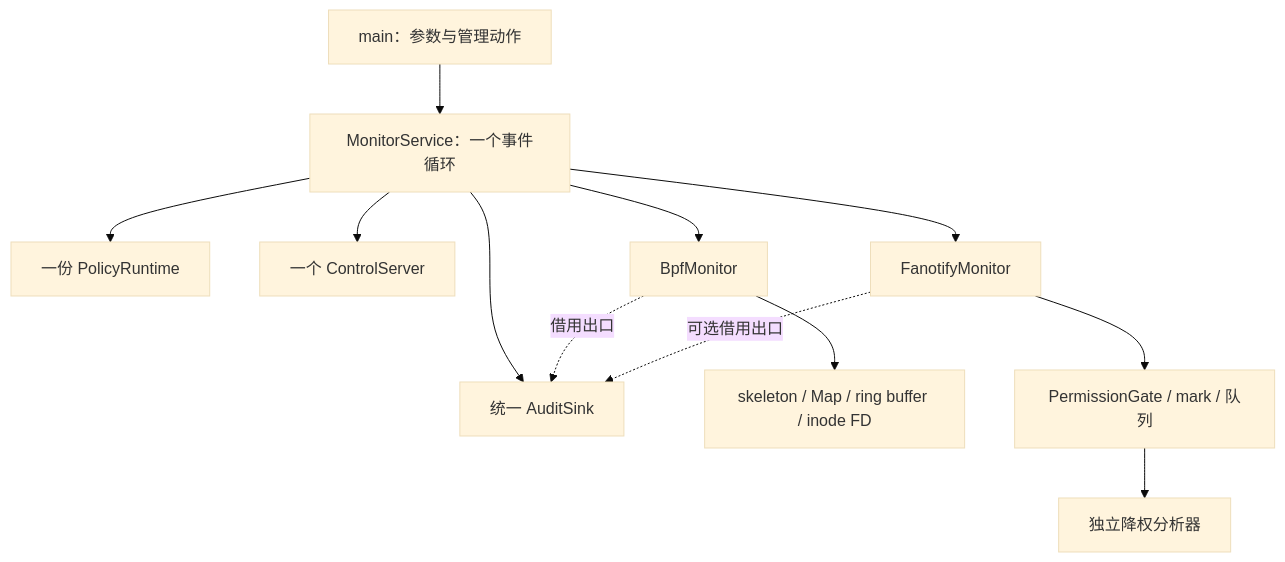
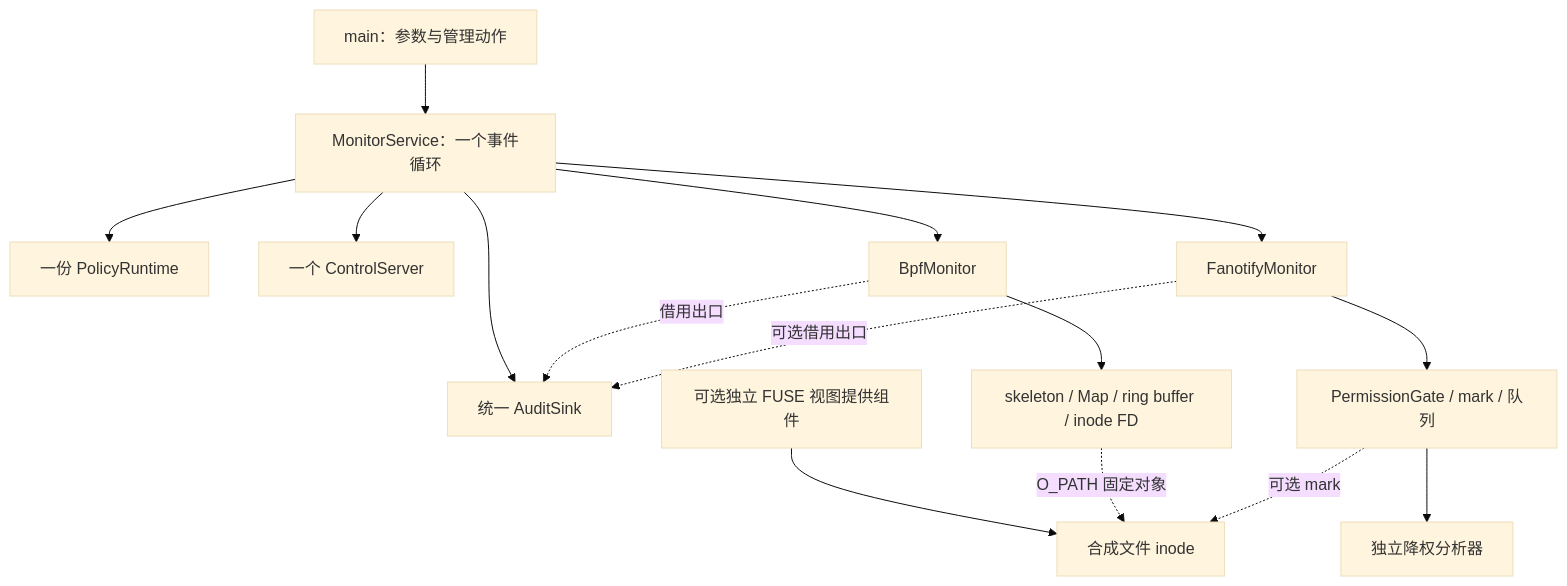
One commit to once512/SysMon-eBPF changed the diagram in docs/UNIFIED_SERVICE.md. Above: the diagram before and after it, drawn with Mermaid (base theme). The commit also changed other lines of this file and 9 other files, not shown here.

````diff
--- a/docs/UNIFIED_SERVICE.md
+++ b/docs/UNIFIED_SERVICE.md
@@ -5,14 +5,17 @@
 ```mermaid
 flowchart TD
     Main[main：参数与管理动作] --> Service[MonitorService：一个事件循环]
     Service --> Runtime[一份 PolicyRuntime]
     Service --> Control[一个 ControlServer]
     Service --> BPF[BpfMonitor]
     Service --> Fan[FanotifyMonitor]
     Service --> Audit[统一 AuditSink]
     BPF -.借用出口.-> Audit
     Fan -.可选借用出口.-> Audit
     BPF --> Skel[skeleton / Map / ring buffer / inode FD]
     Fan --> Gate[PermissionGate / mark / 队列]
     Gate --> Worker[独立降权分析器]
+    View[可选独立 FUSE 视图提供组件] --> Inodes[合成文件 inode]
+    Skel -.O_PATH 固定对象.-> Inodes
+    Gate -.可选 mark.-> Inodes
 ```
````
